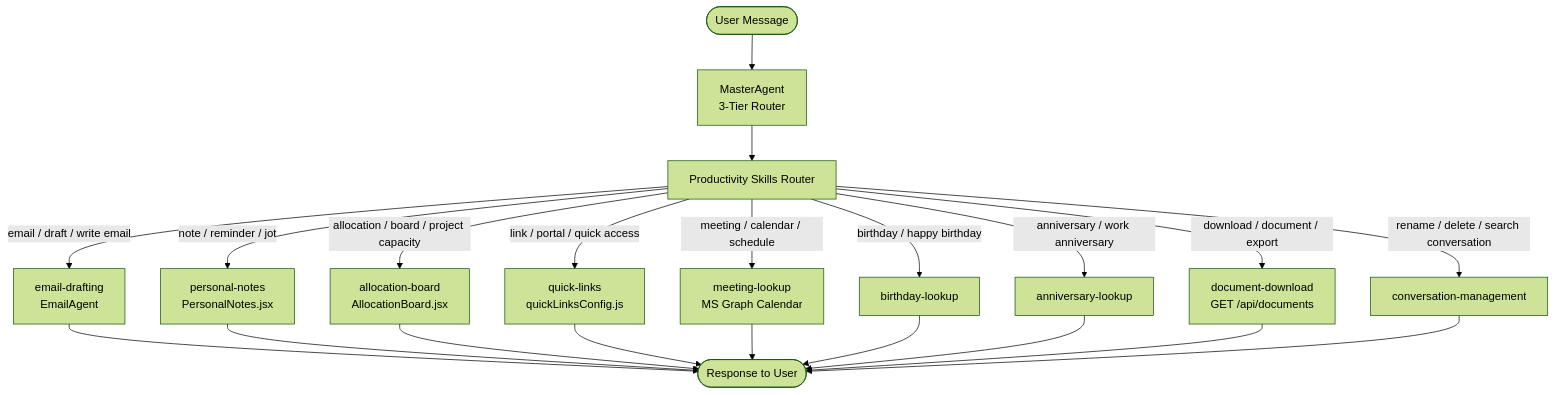
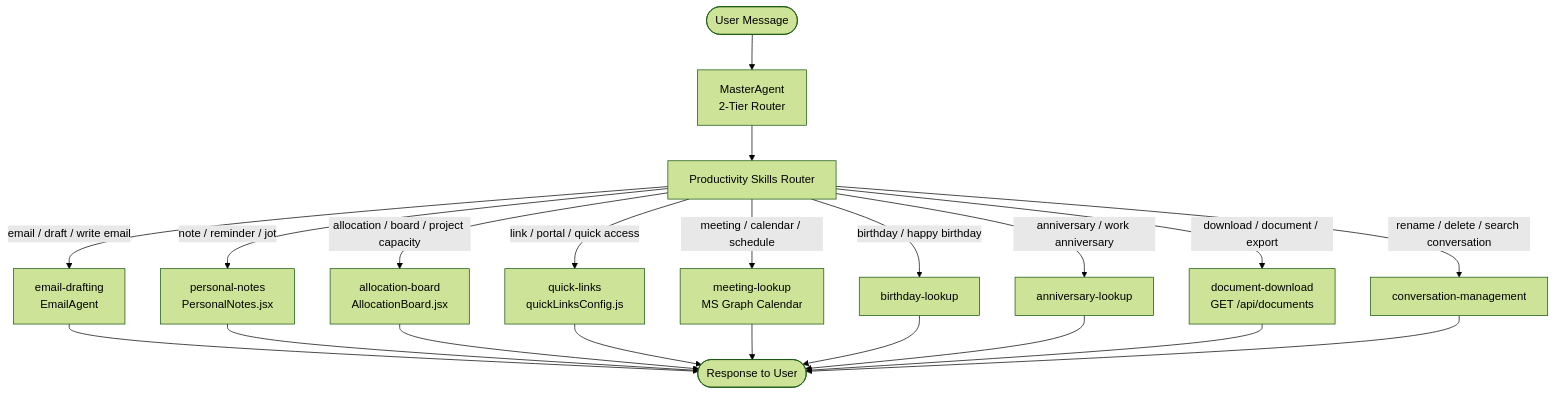
One commit to pdikondaaa/aa-hackathon changed the diagram in knowledge-specs/docs/03-skills/productivity-skills.md. Above: the diagram before and after it, drawn with Mermaid (forest theme). The commit also changed other lines of this file and 71 other files, not shown here.

````diff
--- a/knowledge-specs/docs/03-skills/productivity-skills.md
+++ b/knowledge-specs/docs/03-skills/productivity-skills.md
@@ -12,25 +12,25 @@
 ```mermaid
 flowchart TD
-    USER([User Message]) --> MASTER[MasterAgent\n3-Tier Router]
+    USER([User Message]) --> MASTER[MasterAgent\n2-Tier Router]
     MASTER --> PROD[Productivity Skills Router]
 
     PROD -->|email / draft / write email| EMAIL[email-drafting\nEmailAgent]
     PROD -->|note / reminder / jot| NOTES[personal-notes\nPersonalNotes.jsx]
     PROD -->|allocation / board / project capacity| ALLOC[allocation-board\nAllocationBoard.jsx]
     PROD -->|link / portal / quick access| QUICK[quick-links\nquickLinksConfig.js]
     PROD -->|meeting / calendar / schedule| MTNG[meeting-lookup\nMS Graph Calendar]
     PROD -->|birthday / happy birthday| BDAY[birthday-lookup]
     PROD -->|anniversary / work anniversary| ANNIV[anniversary-lookup]
     PROD -->|download / document / export| DOC[document-download\nGET /api/documents]
     PROD -->|rename / delete / search conversation| CONV[conversation-management]
 
     EMAIL --> RESP([Response to User])
     NOTES --> RESP
     ALLOC --> RESP
     QUICK --> RESP
     MTNG --> RESP
     BDAY --> RESP
     ANNIV --> RESP
     DOC --> RESP
     CONV --> RESP
 ```
````
